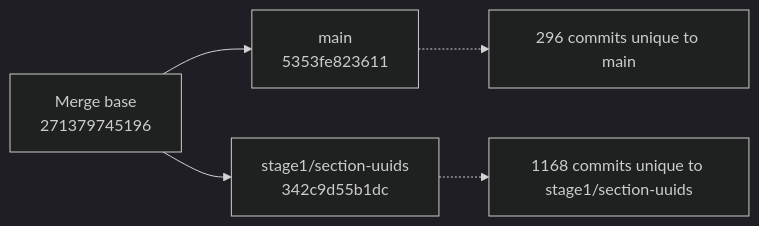
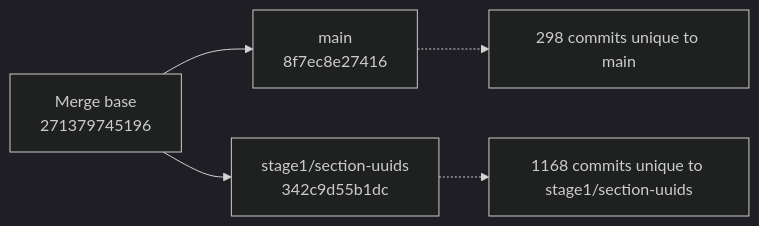
Before and after one commit to snoopdock/Finite_element_analysis_project: the diagram in branch-graphify-results/latest/git-lineage.mmd, drawn with Mermaid (dark theme). The commit also changed 8 other files, not shown here.

Commit message:
Update Graphify branch analysis [skip ci]

```diff
--- a/branch-graphify-results/latest/git-lineage.mmd
+++ b/branch-graphify-results/latest/git-lineage.mmd
@@ -1,10 +1,10 @@
 flowchart LR
   MB["Merge base<br/>271379745196"]
-  B["main<br/>5353fe823611"]
+  B["main<br/>8f7ec8e27416"]
   C["stage1/section-uuids<br/>342c9d55b1dc"]
   MB --> B
   MB --> C
-  B_note["296 commits unique to main"]
+  B_note["298 commits unique to main"]
   C_note["1168 commits unique to stage1/section-uuids"]
   B -.-> B_note
   C -.-> C_note
```
